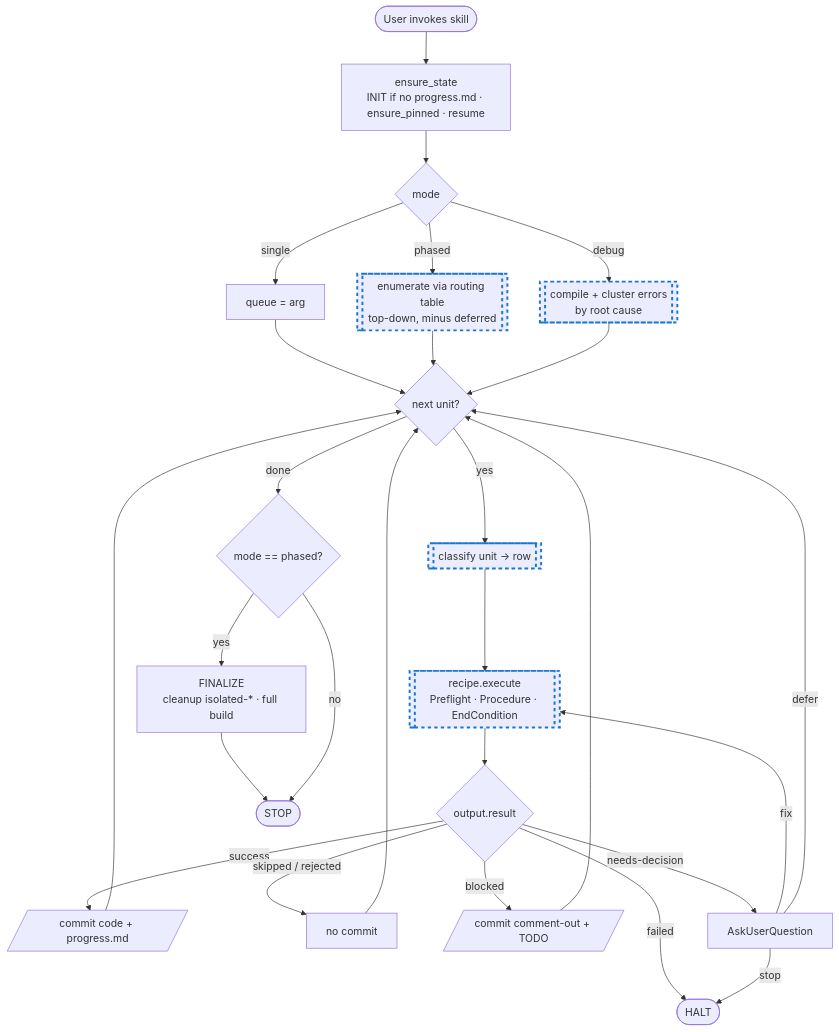
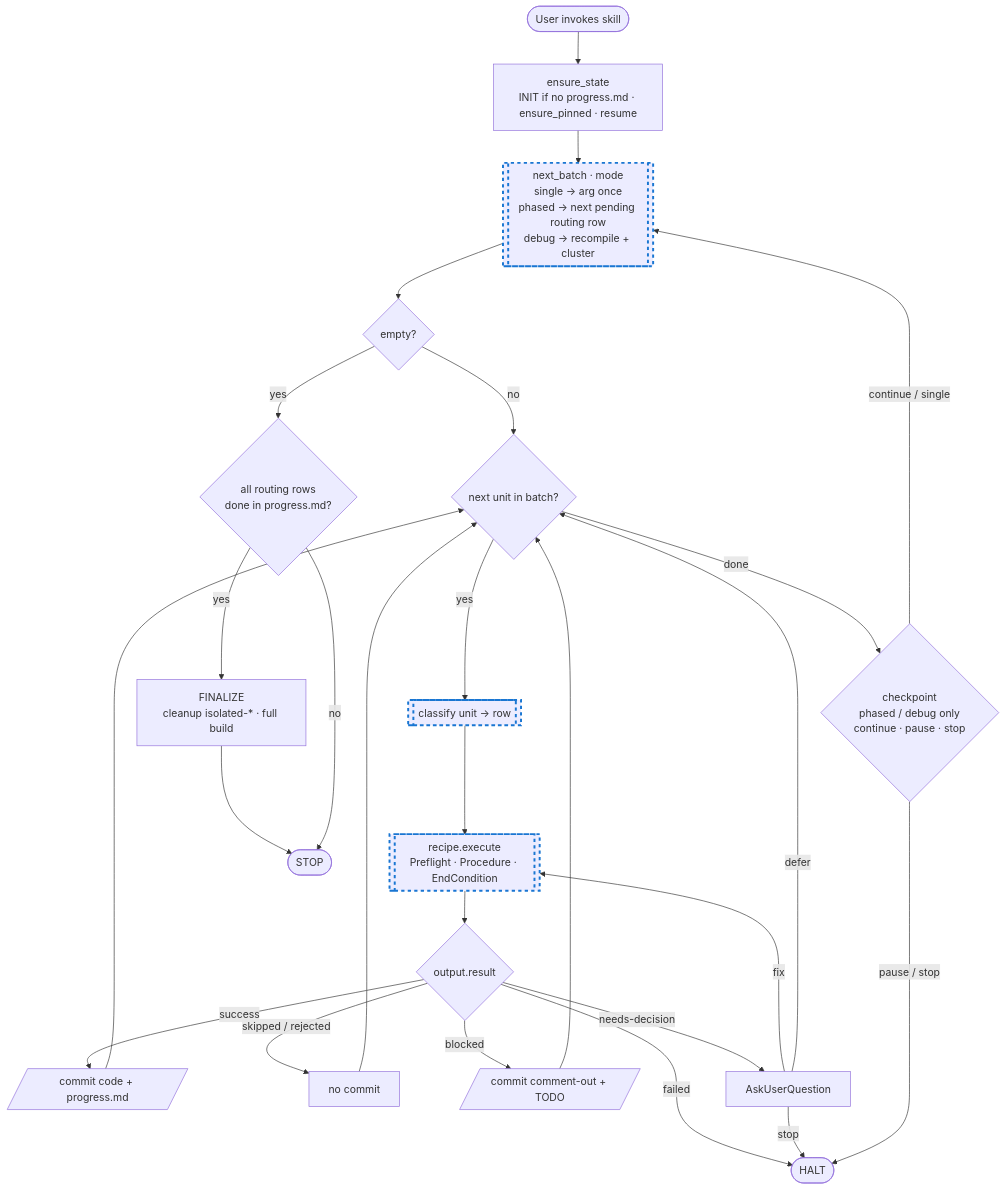
The diagram in skills/axon4to5-migrate/SKILL.md (AxonIQ/agent-skills), drawn with Mermaid before and after one commit. The commit also changed other lines of this file and 37 other files, not shown here.

````diff
--- a/skills/axon4to5-migrate/SKILL.md
+++ b/skills/axon4to5-migrate/SKILL.md
@@ -90,48 +90,51 @@
 ```mermaid
 flowchart TD
     Start([User invokes skill])
     State[ensure_state<br/>INIT if no progress.md · ensure_pinned · resume]
-    Mode{mode}
-    EnumSingle[queue = arg]
-    EnumPhased[[enumerate via routing table<br/>top-down, minus deferred]]
-    EnumDebug[[compile + cluster errors<br/>by root cause]]
 
-    Loop{next unit?}
+    NextBatch[["next_batch · mode<br/>single → arg once<br/>phased → next pending routing row<br/>debug → recompile + cluster"]]
+    Empty{empty?}
+
+    InnerLoop{next unit in batch?}
     Classify[[classify unit → row]]
     Recipe[[recipe.execute<br/>Preflight · Procedure · EndCondition]]
     Act{output.result}
 
     Commit[/commit code + progress.md/]
     NoCommit[no commit]
     CommitBlocked[/commit comment-out + TODO/]
     Ask[AskUserQuestion]
 
-    WrapUp{mode == phased?}
+    Checkpoint{checkpoint<br/>phased / debug only<br/>continue · pause · stop}
+
+    WrapUp{all routing rows<br/>done in progress.md?}
     Finalize[FINALIZE<br/>cleanup isolated-* · full build]
     Stop([STOP])
     Halt([HALT])
 
-    Start --> State --> Mode
-    Mode -->|single| EnumSingle --> Loop
-    Mode -->|phased| EnumPhased --> Loop
-    Mode -->|debug| EnumDebug --> Loop
+    Start --> State --> NextBatch --> Empty
+    Empty -->|yes| WrapUp
+    Empty -->|no| InnerLoop
 
-    Loop -->|yes| Classify --> Recipe --> Act
-    Loop -->|done| WrapUp
+    InnerLoop -->|yes| Classify --> Recipe --> Act
+    InnerLoop -->|done| Checkpoint
 
-    Act -->|success| Commit --> Loop
-    Act -->|skipped / rejected| NoCommit --> Loop
-    Act -->|blocked| CommitBlocked --> Loop
+    Act -->|success| Commit --> InnerLoop
+    Act -->|skipped / rejected| NoCommit --> InnerLoop
+    Act -->|blocked| CommitBlocked --> InnerLoop
     Act -->|needs-decision| Ask
     Act -->|failed| Halt
 
     Ask -->|fix| Recipe
-    Ask -->|defer| Loop
+    Ask -->|defer| InnerLoop
     Ask -->|stop| Halt
+
+    Checkpoint -->|continue / single| NextBatch
+    Checkpoint -->|pause / stop| Halt
 
     WrapUp -->|yes| Finalize --> Stop
     WrapUp -->|no| Stop
 
     classDef subagent stroke:#1976d2,stroke-width:3px,stroke-dasharray:5 5
-    class EnumPhased,EnumDebug,Classify,Recipe subagent
+    class NextBatch,Classify,Recipe subagent
 ```
````
